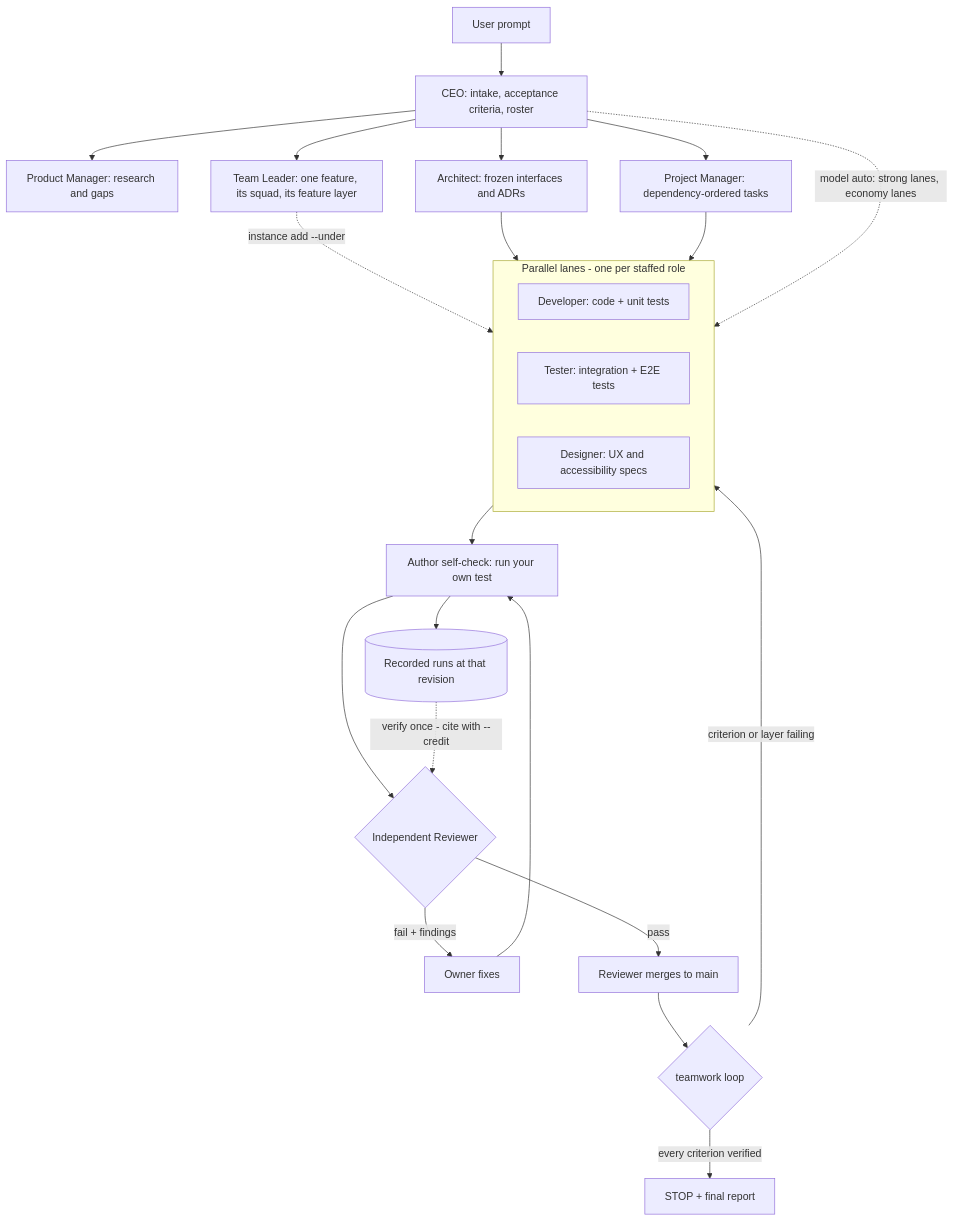
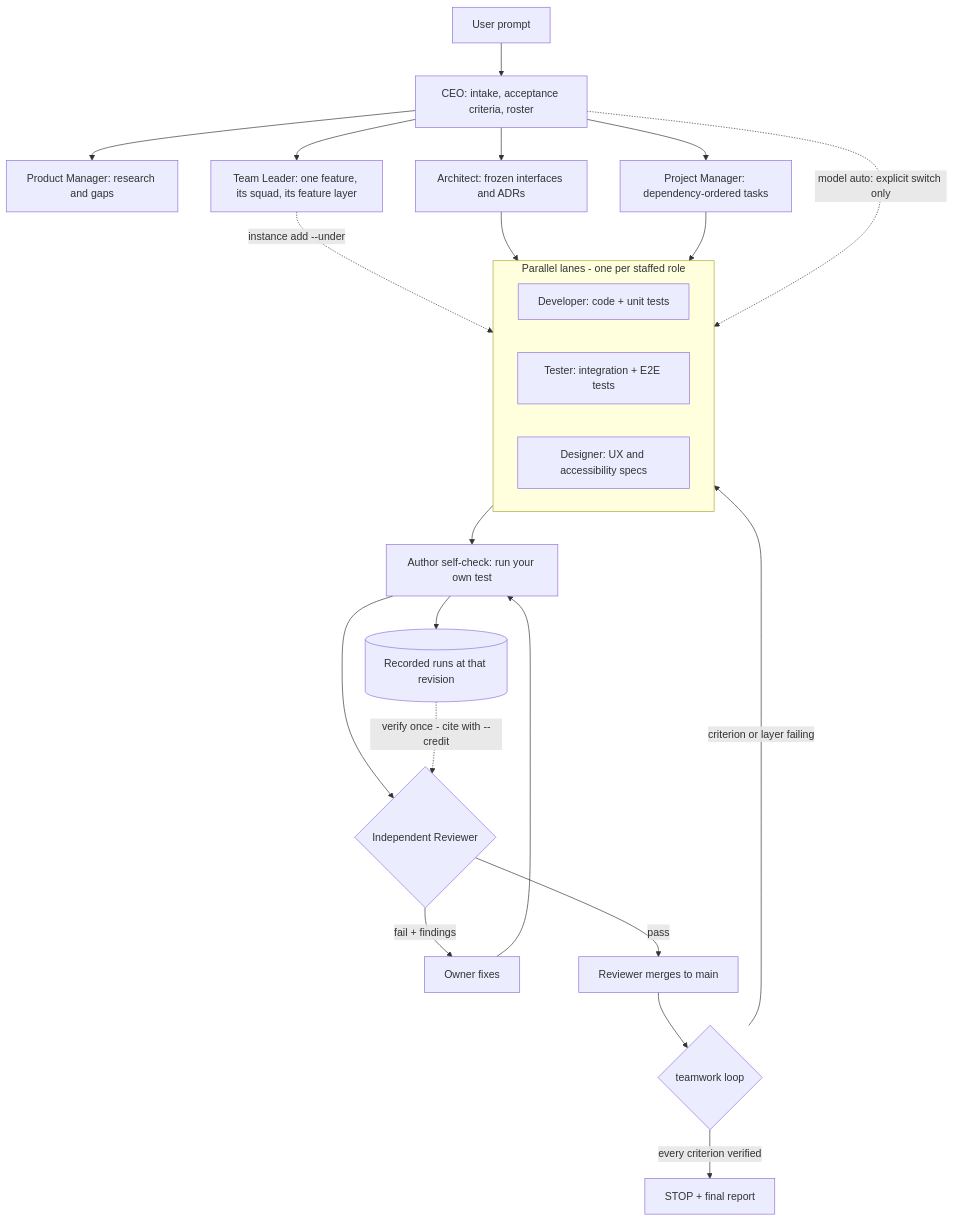
Before and after one commit to Nidvue/Teamwork: the diagram in docs/guide/how-it-works.md, drawn with Mermaid. The commit also changed 36 other files, not shown here.

First line of the commit message:
feat(model-switch): Opt-in model switching guard, policy and docs

````diff
--- a/docs/guide/how-it-works.md
+++ b/docs/guide/how-it-works.md
@@ -14,27 +14,27 @@
 ```mermaid
 flowchart TD
     U[User prompt] --> CEO[CEO: intake, acceptance criteria, roster]
     CEO --> RM[Product Manager: research and gaps]
     CEO --> AR[Architect: frozen interfaces and ADRs]
     CEO --> PJ[Project Manager: dependency-ordered tasks]
     CEO --> TL[Team Leader: one feature, its squad, its feature layer]
     TL -.->|instance add --under| LANES
     AR --> LANES
     PJ --> LANES
-    CEO -.->|model auto: strong lanes, economy lanes| LANES
+    CEO -.->|model auto: explicit switch only| LANES
     subgraph LANES[Parallel lanes - one per staffed role]
         DEV[Developer: code + unit tests]
         TST[Tester: integration + E2E tests]
         DES[Designer: UX and accessibility specs]
     end
     LANES --> SC[Author self-check: run your own test]
     SC --> REC[(Recorded runs at that revision)]
     SC --> RV{Independent Reviewer}
     REC -.->|verify once - cite with --credit| RV
     RV -- fail + findings --> FX[Owner fixes]
     FX --> SC
     RV -- pass --> MG[Reviewer merges to main]
     MG --> LP{teamwork loop}
     LP -- criterion or layer failing --> LANES
     LP -- every criterion verified --> STOP[STOP + final report]
 ```
````
